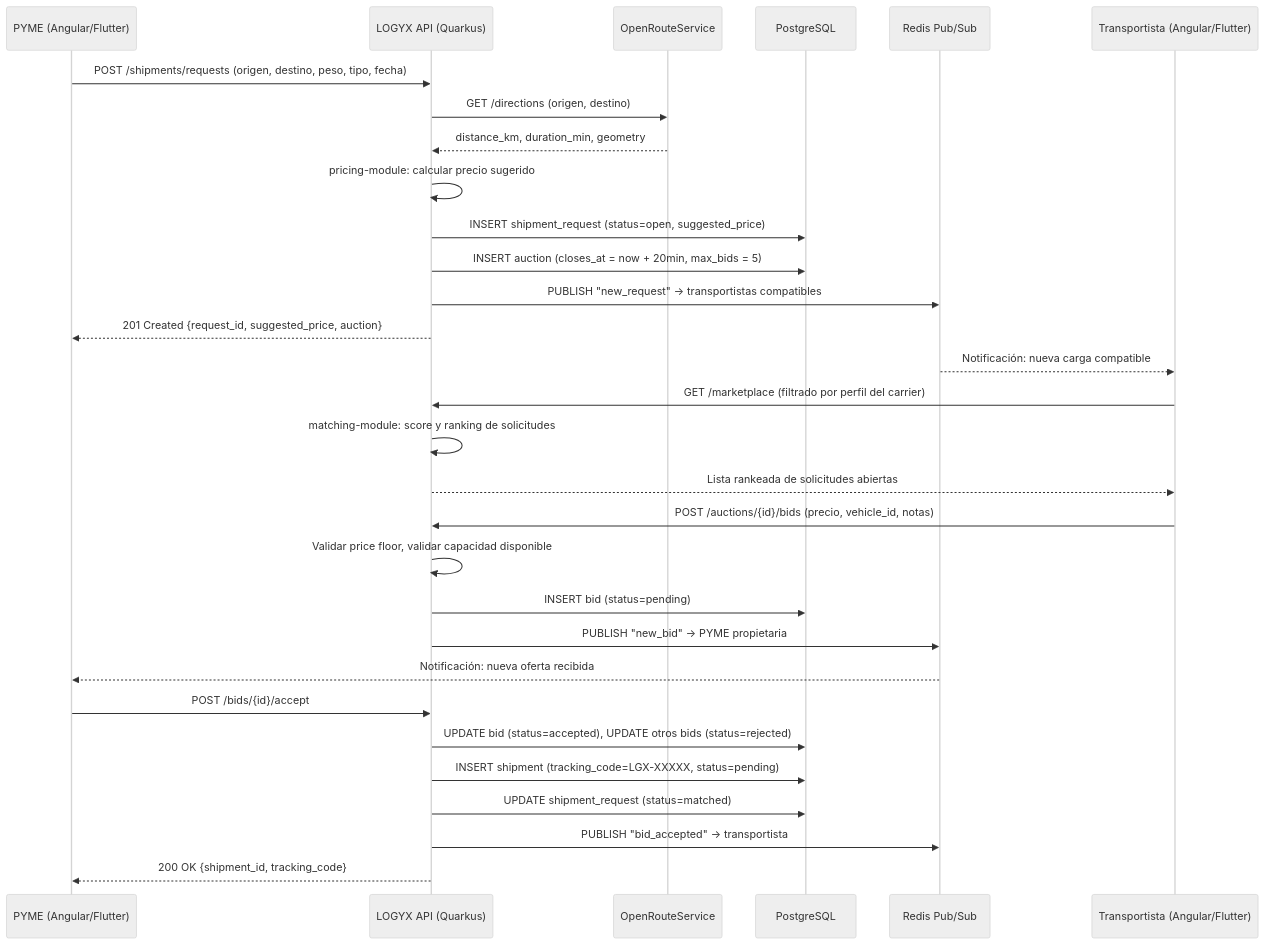
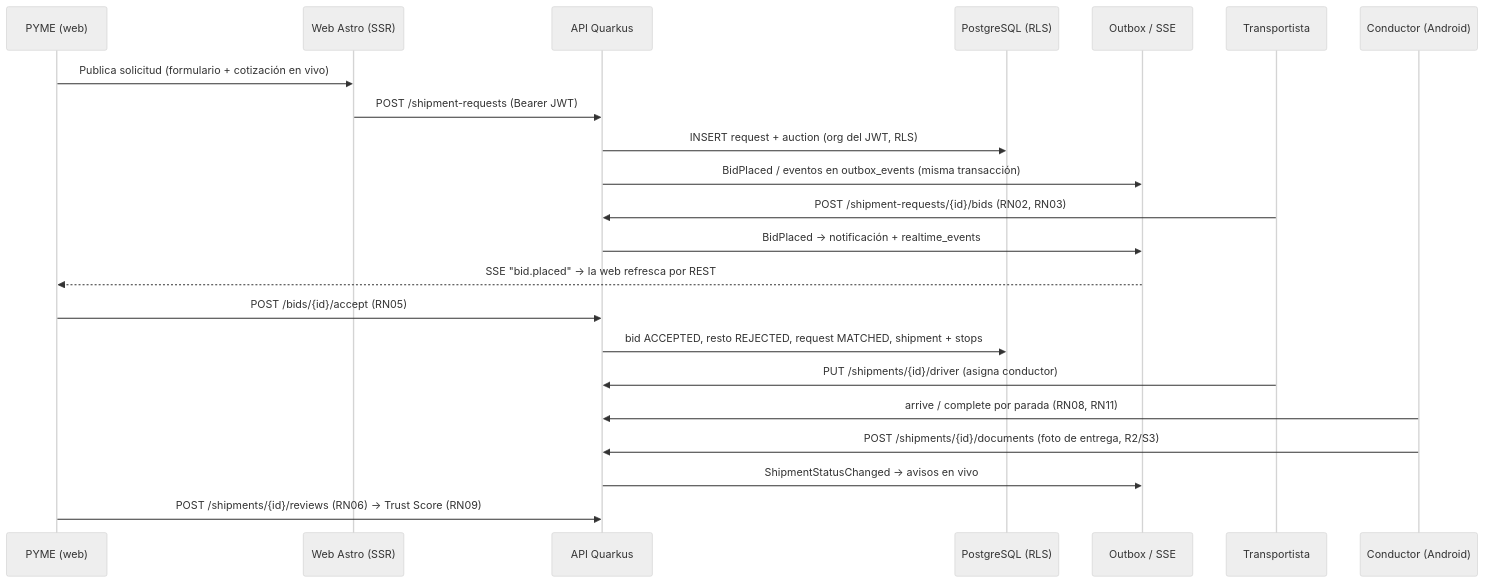
Before and after one commit to TheReeds/ProyectoEPE-LOGYX: the fourth of 5 diagrams in docs/software/entregable-1/arquitectura.md, drawn with Mermaid (neutral theme). The commit also changed other lines of this file and 99 other files, not shown here.

````diff
--- a/docs/software/entregable-1/arquitectura.md
+++ b/docs/software/entregable-1/arquitectura.md
@@ -201,36 +238,25 @@
 ```mermaid
 sequenceDiagram
-  participant PYME as PYME (Angular/Flutter)
-  participant API as LOGYX API (Quarkus)
-  participant ORS as OpenRouteService
-  participant DB as PostgreSQL
-  participant Redis as Redis Pub/Sub
-  participant Carrier as Transportista (Angular/Flutter)
+  participant P as PYME (web)
+  participant W as Web Astro (SSR)
+  participant A as API Quarkus
+  participant D as PostgreSQL (RLS)
+  participant O as Outbox / SSE
+  participant T as Transportista
+  participant C as Conductor (Android)
 
-  PYME->>API: POST /shipments/requests (origen, destino, peso, tipo, fecha)
-  API->>ORS: GET /directions (origen, destino)
-  ORS-->>API: distance_km, duration_min, geometry
-  API->>API: pricing-module: calcular precio sugerido
-  API->>DB: INSERT shipment_request (status=open, suggested_price)
-  API->>DB: INSERT auction (closes_at = now + 20min, max_bids = 5)
-  API->>Redis: PUBLISH "new_request" → transportistas compatibles
-  API-->>PYME: 201 Created {request_id, suggested_price, auction}
-
-  Redis-->>Carrier: Notificación: nueva carga compatible
-  Carrier->>API: GET /marketplace (filtrado por perfil del carrier)
-  API->>API: matching-module: score y ranking de solicitudes
-  API-->>Carrier: Lista rankeada de solicitudes abiertas
-
-  Carrier->>API: POST /auctions/{id}/bids (precio, vehicle_id, notas)
-  API->>API: Validar price floor, validar capacidad disponible
-  API->>DB: INSERT bid (status=pending)
-  API->>Redis: PUBLISH "new_bid" → PYME propietaria
-  Redis-->>PYME: Notificación: nueva oferta recibida
-
-  PYME->>API: POST /bids/{id}/accept
-  API->>DB: UPDATE bid (status=accepted), UPDATE otros bids (status=rejected)
-  API->>DB: INSERT shipment (tracking_code=LGX-XXXXX, status=pending)
-  API->>DB: UPDATE shipment_request (status=matched)
-  API->>Redis: PUBLISH "bid_accepted" → transportista
-  API-->>PYME: 200 OK {shipment_id, tracking_code}
+  P->>W: Publica solicitud (formulario + cotización en vivo)
+  W->>A: POST /shipment-requests (Bearer JWT)
+  A->>D: INSERT request + auction (org del JWT, RLS)
+  A->>O: BidPlaced / eventos en outbox_events (misma transacción)
+  T->>A: POST /shipment-requests/{id}/bids (RN02, RN03)
+  A->>O: BidPlaced -> notificación + realtime_events
+  O-->>P: SSE "bid.placed" -> la web refresca por REST
+  P->>A: POST /bids/{id}/accept (RN05)
+  A->>D: bid ACCEPTED, resto REJECTED, request MATCHED, shipment + stops
+  T->>A: PUT /shipments/{id}/driver (asigna conductor)
+  C->>A: arrive / complete por parada (RN08, RN11)
+  C->>A: POST /shipments/{id}/documents (foto de entrega, R2/S3)
+  A->>O: ShipmentStatusChanged -> avisos en vivo
+  P->>A: POST /shipments/{id}/reviews (RN06) -> Trust Score (RN09)
 ```
````
